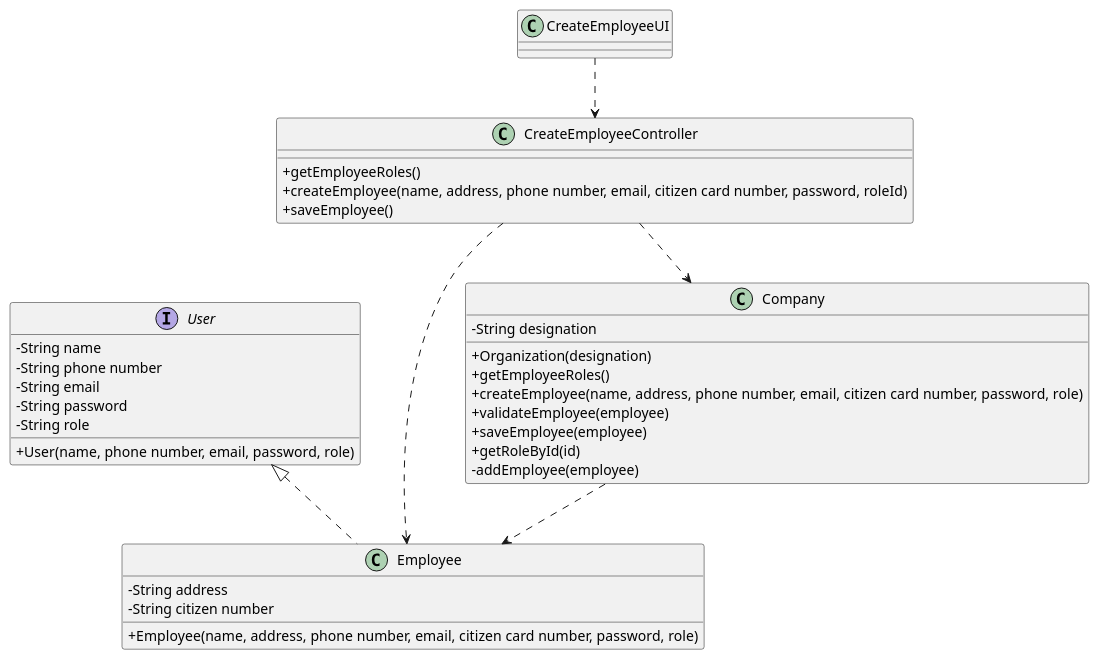
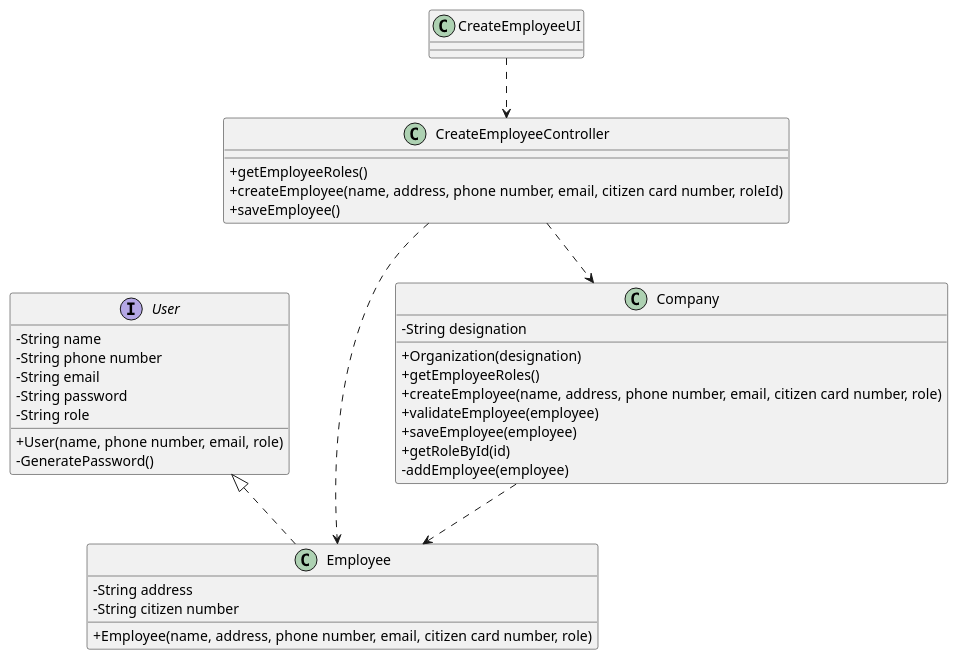
The diagram in docs/SprintB/US10/CD/US10_CD.puml (miseEnPlace-i/lapr2), drawn with PlantUML before and after one commit.

Commit message:
docs(us-10): updated cd for random password

```diff
--- a/docs/SprintB/US10/CD/US10_CD.puml
+++ b/docs/SprintB/US10/CD/US10_CD.puml
@@ -1,45 +1,46 @@
 @startuml US10_CD
 skinparam classAttributeIconSize 0
 
 class Employee {
   -String address
   -String citizen number
-  +Employee(name, address, phone number, email, citizen card number, password, role)
+  +Employee(name, address, phone number, email, citizen card number, role)
 }
 
 interface User {  
   -String name
   -String phone number
   -String email
   -String password
   -String role
-  +User(name, phone number, email, password, role)
+  +User(name, phone number, email, role)
+  -GeneratePassword()
 }
 
 class Company {
   -String designation
   +Organization(designation)
   +getEmployeeRoles()
-  +createEmployee(name, address, phone number, email, citizen card number, password, role)
+  +createEmployee(name, address, phone number, email, citizen card number, role)
   +validateEmployee(employee)
   +saveEmployee(employee)
   +getRoleById(id)
   -addEmployee(employee)
 }
 
 class CreateEmployeeController {
   +getEmployeeRoles()
-  +createEmployee(name, address, phone number, email, citizen card number, password, roleId)
+  +createEmployee(name, address, phone number, email, citizen card number, roleId)
   +saveEmployee()
 }
 
 class CreateEmployeeUI {
 }
 
 CreateEmployeeUI ..> CreateEmployeeController
 CreateEmployeeController ..> Employee
 CreateEmployeeController ..> Company
 Company ..> Employee
 User <|.. Employee 
 
 @enduml
```
